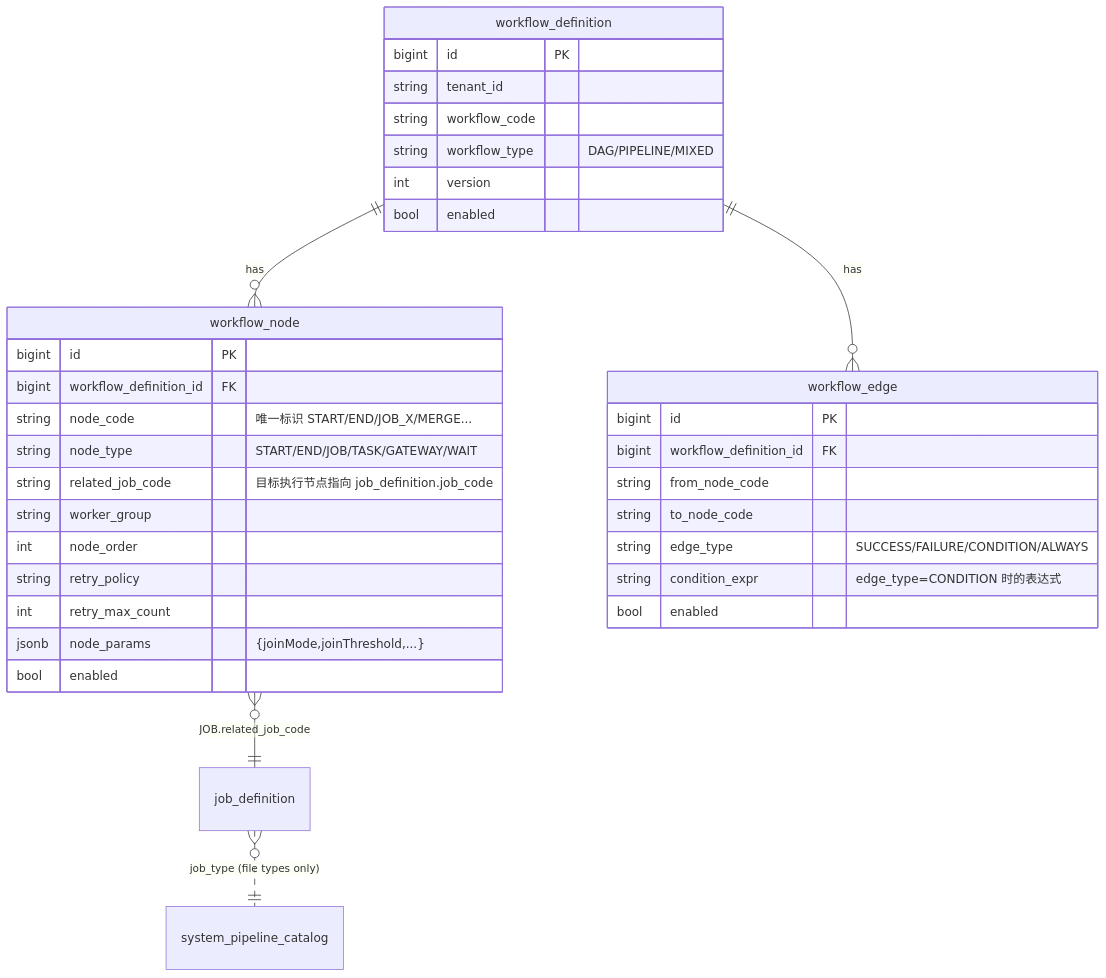
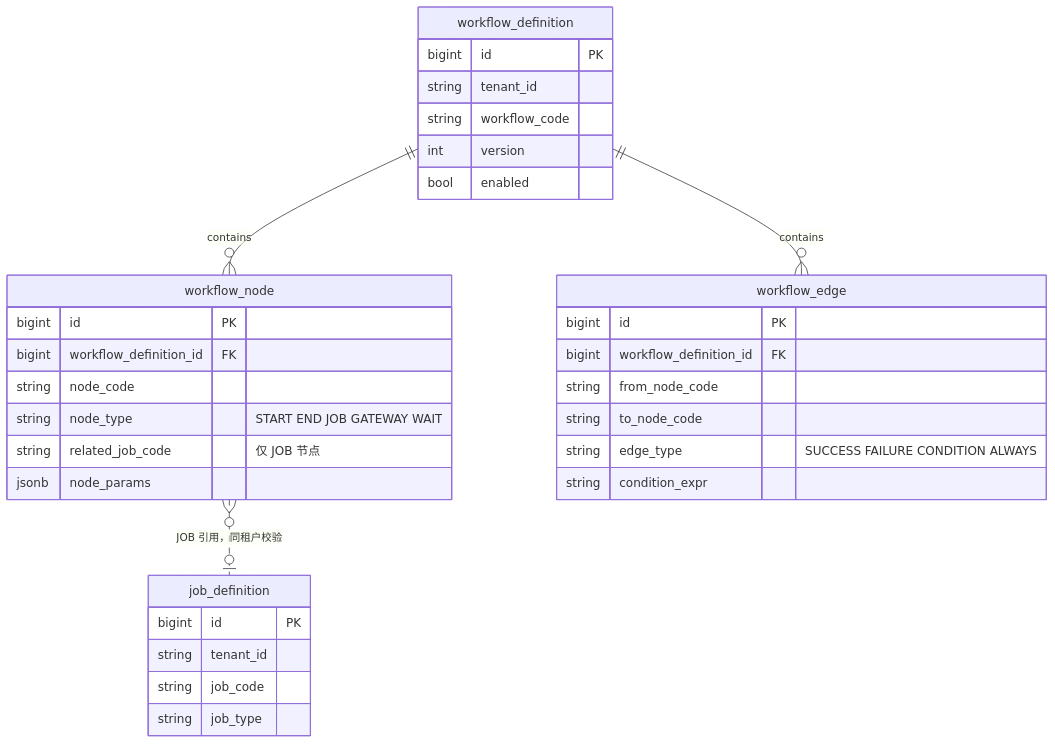
One commit to pinpols/file-batch-system changed the second of 6 diagrams in docs/architecture/workflow-dependency-guide.md. Above: the diagram before and after it, drawn with Mermaid. The commit also changed other lines of this file and 2792 other files, not shown here.

````diff
--- a/docs/architecture/workflow-dependency-guide.md
+++ b/docs/architecture/workflow-dependency-guide.md
@@ -51,38 +53,36 @@
 ```mermaid
+%%{init: {"flowchart":{"curve":"linear","nodeSpacing":32,"rankSpacing":48},"sequence":{"mirrorActors":false}}}%%
 erDiagram
-  workflow_definition ||--o{ workflow_node : has
-  workflow_definition ||--o{ workflow_edge : has
-  workflow_node }o--|| job_definition : "JOB.related_job_code"
-  job_definition }o..|| system_pipeline_catalog : "job_type (file types only)"
-
+  workflow_definition ||--o{ workflow_node : contains
+  workflow_definition ||--o{ workflow_edge : contains
+  workflow_node }o..o| job_definition : "JOB 引用，同租户校验"
   workflow_definition {
     bigint id PK
     string tenant_id
     string workflow_code
-    string workflow_type "DAG/PIPELINE/MIXED"
-    int    version
-    bool   enabled
+    int version
+    bool enabled
   }
   workflow_node {
     bigint id PK
     bigint workflow_definition_id FK
-    string node_code "唯一标识 START/END/JOB_X/MERGE..."
-    string node_type "START/END/JOB/TASK/GATEWAY/WAIT"
-    string related_job_code "目标执行节点指向 job_definition.job_code"
-    string worker_group
-    int    node_order
-    string retry_policy
-    int    retry_max_count
-    jsonb  node_params "{joinMode,joinThreshold,...}"
-    bool   enabled
+    string node_code
+    string node_type "START END JOB GATEWAY WAIT"
+    string related_job_code "仅 JOB 节点"
+    jsonb node_params
   }
   workflow_edge {
     bigint id PK
     bigint workflow_definition_id FK
     string from_node_code
     string to_node_code
-    string edge_type "SUCCESS/FAILURE/CONDITION/ALWAYS"
-    string condition_expr "edge_type=CONDITION 时的表达式"
-    bool   enabled
+    string edge_type "SUCCESS FAILURE CONDITION ALWAYS"
+    string condition_expr
+  }
+  job_definition {
+    bigint id PK
+    string tenant_id
+    string job_code
+    string job_type
   }
 ```
````
